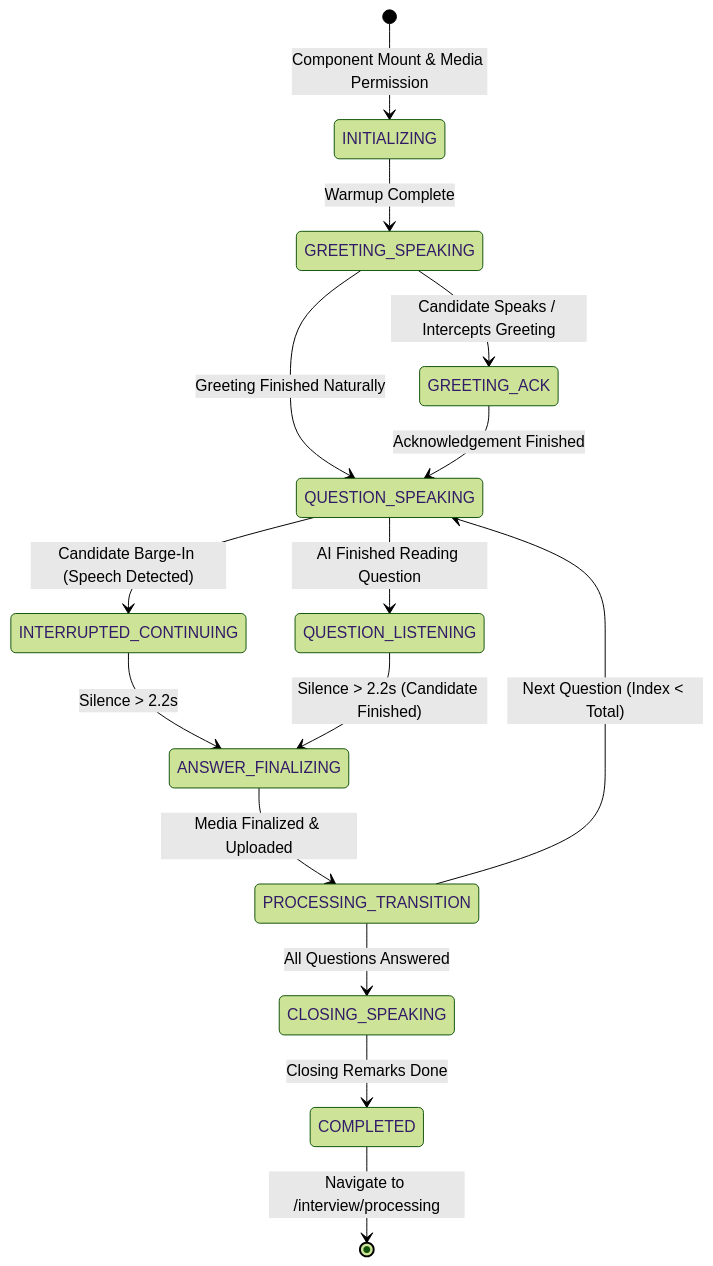
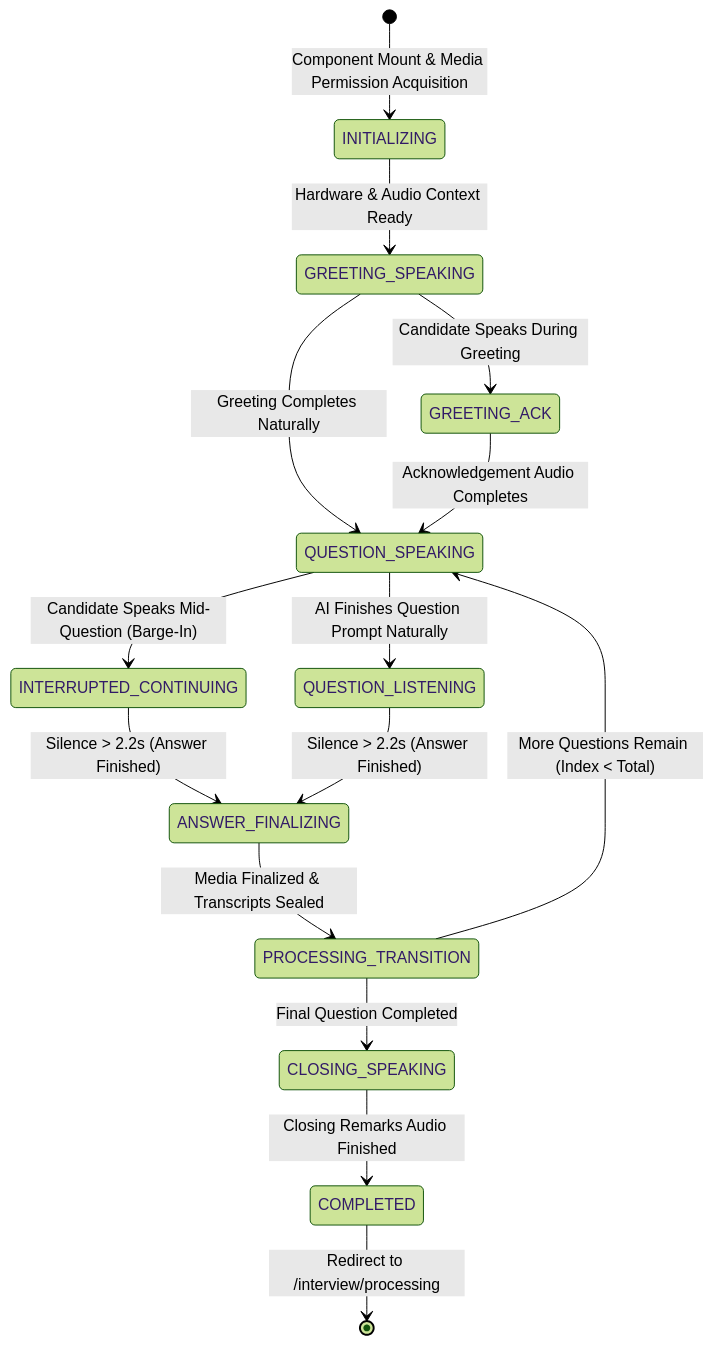
One commit to Noob-code7/InterviewApp changed the first of 2 diagrams in docs/CONVERSATIONAL_ENGINE.md. Above: the diagram before and after it, drawn with Mermaid (forest theme). The commit also changed other lines of this file and 8 other files, not shown here.

Commit message:
docs: enrich architecture documentation with deep engineering blueprints, mathematical formulations, and sequence diagrams

````diff
--- a/docs/CONVERSATIONAL_ENGINE.md
+++ b/docs/CONVERSATIONAL_ENGINE.md
@@ -18,24 +18,24 @@
 ```mermaid
 stateDiagram-v2
-    [*] --> INITIALIZING: Component Mount & Media Permission
-    INITIALIZING --> GREETING_SPEAKING: Warmup Complete
+    [*] --> INITIALIZING: Component Mount & Media Permission Acquisition
+    INITIALIZING --> GREETING_SPEAKING: Hardware & Audio Context Ready
 
-    GREETING_SPEAKING --> GREETING_ACK: Candidate Speaks / Intercepts Greeting
-    GREETING_SPEAKING --> QUESTION_SPEAKING: Greeting Finished Naturally
+    GREETING_SPEAKING --> GREETING_ACK: Candidate Speaks During Greeting
+    GREETING_SPEAKING --> QUESTION_SPEAKING: Greeting Completes Naturally
 
-    GREETING_ACK --> QUESTION_SPEAKING: Acknowledgement Finished
+    GREETING_ACK --> QUESTION_SPEAKING: Acknowledgement Audio Completes
 
-    QUESTION_SPEAKING --> INTERRUPTED_CONTINUING: Candidate Barge-In (Speech Detected)
-    QUESTION_SPEAKING --> QUESTION_LISTENING: AI Finished Reading Question
+    QUESTION_SPEAKING --> INTERRUPTED_CONTINUING: Candidate Speaks Mid-Question (Barge-In)
+    QUESTION_SPEAKING --> QUESTION_LISTENING: AI Finishes Question Prompt Naturally
 
-    INTERRUPTED_CONTINUING --> ANSWER_FINALIZING: Silence > 2.2s
-    QUESTION_LISTENING --> ANSWER_FINALIZING: Silence > 2.2s (Candidate Finished)
+    INTERRUPTED_CONTINUING --> ANSWER_FINALIZING: Silence > 2.2s (Answer Finished)
+    QUESTION_LISTENING --> ANSWER_FINALIZING: Silence > 2.2s (Answer Finished)
 
-    ANSWER_FINALIZING --> PROCESSING_TRANSITION: Media Finalized & Uploaded
+    ANSWER_FINALIZING --> PROCESSING_TRANSITION: Media Finalized & Transcripts Sealed
 
-    PROCESSING_TRANSITION --> QUESTION_SPEAKING: Next Question (Index < Total)
-    PROCESSING_TRANSITION --> CLOSING_SPEAKING: All Questions Answered
+    PROCESSING_TRANSITION --> QUESTION_SPEAKING: More Questions Remain (Index < Total)
+    PROCESSING_TRANSITION --> CLOSING_SPEAKING: Final Question Completed
 
-    CLOSING_SPEAKING --> COMPLETED: Closing Remarks Done
-    COMPLETED --> [*]: Navigate to /interview/processing
+    CLOSING_SPEAKING --> COMPLETED: Closing Remarks Audio Finished
+    COMPLETED --> [*]: Redirect to /interview/processing
 ```
````
